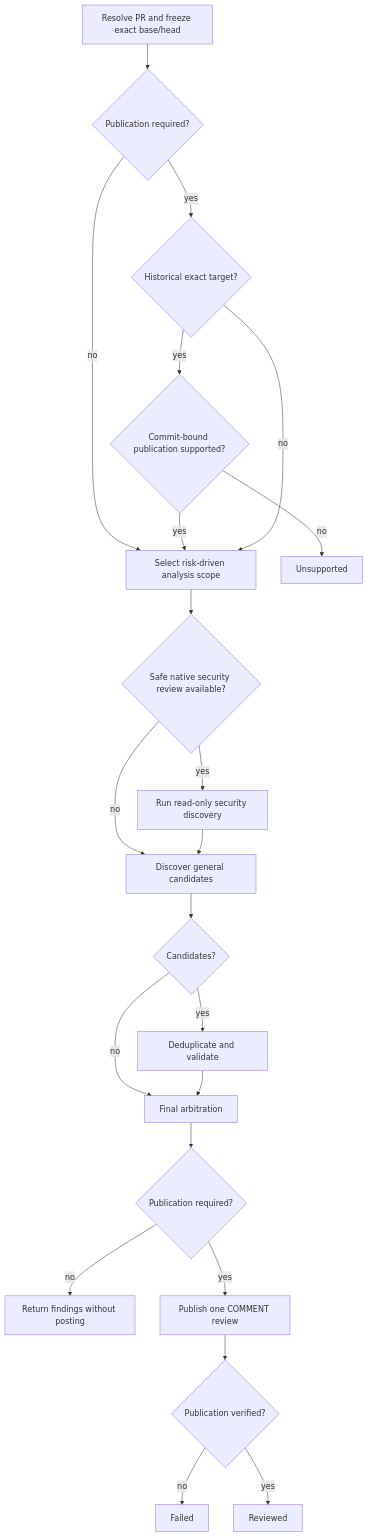
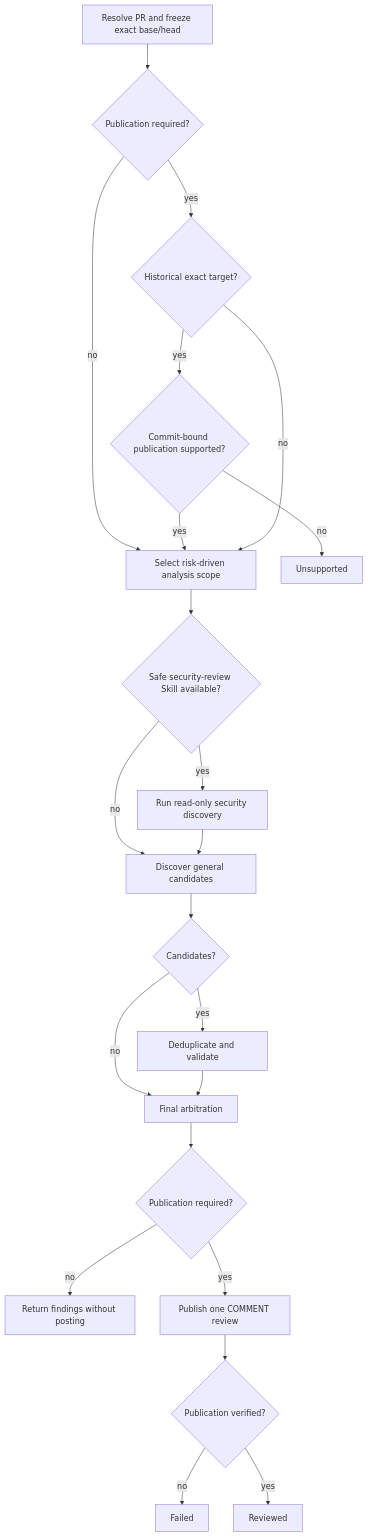
Before and after one commit to dceoy/pr-loop: the diagram in skills/pr-review/SKILL.md, drawn with Mermaid. The commit also changed other lines of this file and 3 other files, not shown here.

Commit message:
refactor: optional security skills in one Claude review action

````diff
--- a/skills/pr-review/SKILL.md
+++ b/skills/pr-review/SKILL.md
@@ -87,24 +82,24 @@
 ```mermaid
 flowchart TD
   A[Resolve PR and freeze exact base/head] --> B{Publication required?}
   B -->|no| D[Select risk-driven analysis scope]
   B -->|yes| C{Historical exact target?}
   C -->|yes| P{Commit-bound publication supported?}
   P -->|no| U[Unsupported]
   P -->|yes| D
   C -->|no| D
-  D --> S{Safe native security review available?}
+  D --> S{Safe security-review Skill available?}
   S -->|yes| T[Run read-only security discovery]
   S -->|no| E[Discover general candidates]
   T --> E
   E --> F{Candidates?}
   F -->|yes| G[Deduplicate and validate]
   F -->|no| H[Clean arbitration]
   G --> H[Final arbitration]
   H --> I{Publication required?}
   I -->|no| R[Return findings without posting]
   I -->|yes| J[Publish one COMMENT review]
   J --> K{Publication verified?}
   K -->|no| X[Failed]
   K -->|yes| Z[Reviewed]
 ```
````
